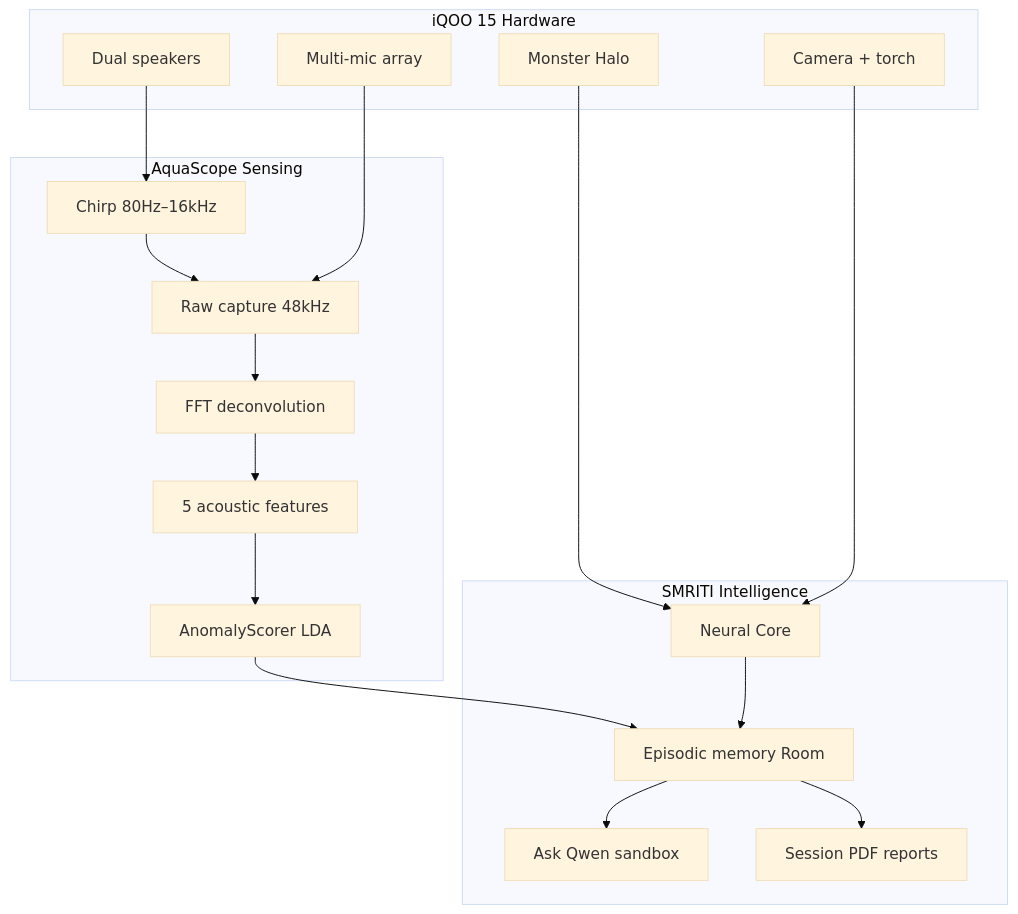
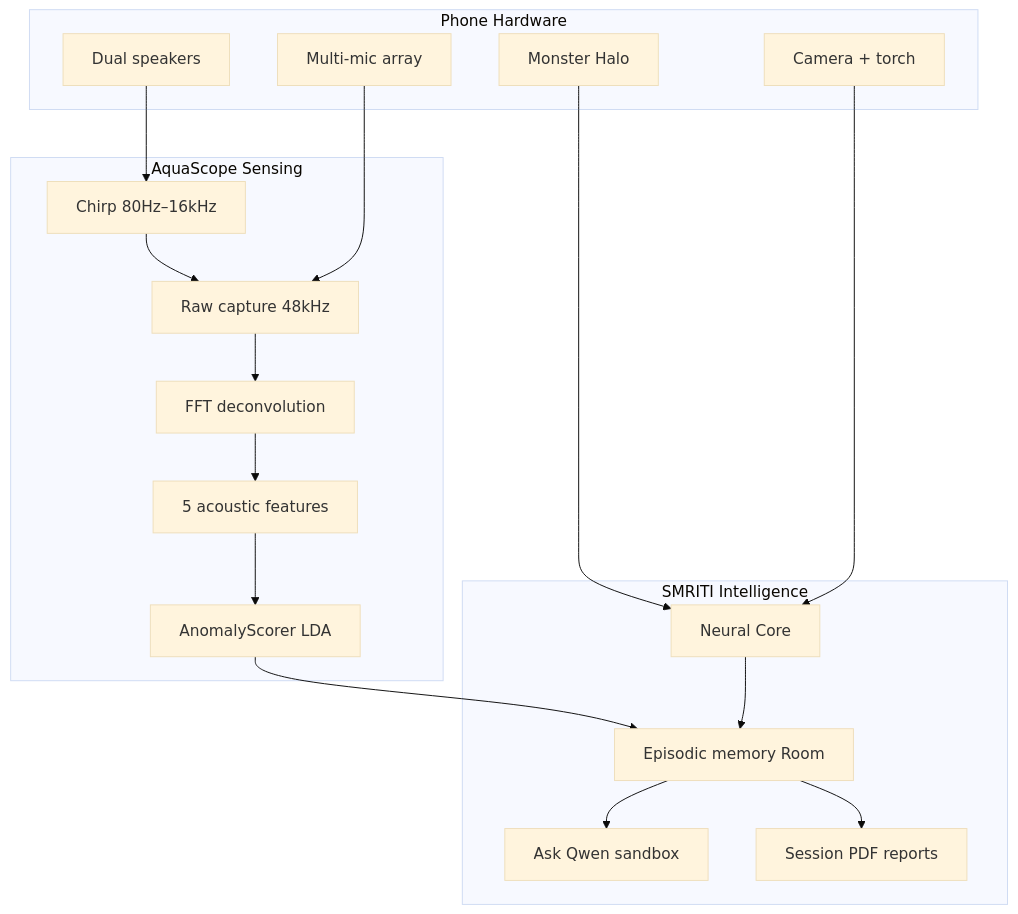
The first of 5 diagrams in README.md (Punyamittal/AquaScope), drawn with Mermaid (base theme) before and after one commit. The commit also changed other lines of this file, not shown here.

````diff
--- a/README.md
+++ b/README.md
@@ -145,33 +144,33 @@
 ```mermaid
 flowchart TB
-  subgraph iqoo [iQOO 15 Hardware]
+  subgraph Phone [Phone Hardware]
     SP[Dual speakers]
     MIC[Multi-mic array]
     HALO[Monster Halo]
     CAM[Camera + torch]
   end
 
   subgraph sensing [AquaScope Sensing]
     CH[Chirp 80Hz–16kHz]
     CAP[Raw capture 48kHz]
     DSP[FFT deconvolution]
     FEAT[5 acoustic features]
     SCORE[AnomalyScorer LDA]
   end
 
   subgraph smriti [SMRITI Intelligence]
     MEM[Episodic memory Room]
     ASK[Ask Qwen sandbox]
     NC[Neural Core]
     PDF[Session PDF reports]
   end
 
   SP --> CH --> CAP --> DSP --> FEAT --> SCORE
   MIC --> CAP
   SCORE --> MEM
   NC --> MEM
   MEM --> ASK
   MEM --> PDF
   HALO --> NC
   CAM --> NC
 ```
````
